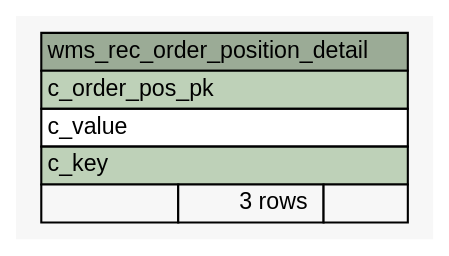
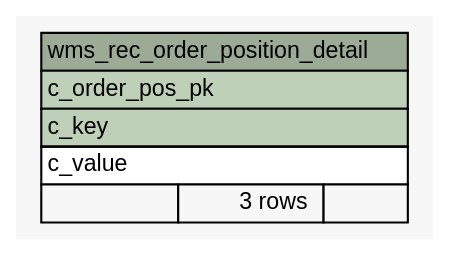
One commit to openwms/org.openwms.wms.receiving.lib changed the diagram in 1.0.0-SNAPSHOT/schemaspy/diagrams/summary/wms_rec_order_position_detail.1degree.dot. Above: the diagram before and after it, drawn with Graphviz. The commit also changed 508 other files, not shown here.

```diff
--- a/1.0.0-SNAPSHOT/schemaspy/diagrams/summary/wms_rec_order_position_detail.1degree.dot
+++ b/1.0.0-SNAPSHOT/schemaspy/diagrams/summary/wms_rec_order_position_detail.1degree.dot
@@ -1,32 +1,32 @@
-// dot 2.43.0 on Linux 6.2.0-1016-azure
+// dot 2.43.0 on Linux 6.5.0-1022-azure
 // SchemaSpy rev Unknown
 digraph "wms_rec_order_position_detail" {
   graph [
     rankdir="RL"
     bgcolor="#f7f7f7"
     nodesep="0.18"
     ranksep="0.46"
     fontname="Helvetica"
     fontsize="11"
   ];
   node [
     fontname="Helvetica"
     fontsize="11"
     shape="plaintext"
   ];
   edge [
     arrowsize="0.8"
   ];
   "wms_rec_order_position_detail" [
     label=<
     <TABLE BORDER="0" CELLBORDER="1" CELLSPACING="0" BGCOLOR="#ffffff">
       <TR><TD COLSPAN="3" BGCOLOR="#9bab96" ALIGN="CENTER">wms_rec_order_position_detail</TD></TR>
       <TR><TD PORT="c_order_pos_pk" COLSPAN="3" BGCOLOR="#bed1b8" ALIGN="LEFT">c_order_pos_pk</TD></TR>
+      <TR><TD PORT="c_key" COLSPAN="3" BGCOLOR="#bed1b8" ALIGN="LEFT">c_key</TD></TR>
       <TR><TD PORT="c_value" COLSPAN="3" ALIGN="LEFT">c_value</TD></TR>
-      <TR><TD PORT="c_key" COLSPAN="3" BGCOLOR="#bed1b8" ALIGN="LEFT">c_key</TD></TR>
       <TR><TD ALIGN="LEFT" BGCOLOR="#f7f7f7">  </TD><TD ALIGN="RIGHT" BGCOLOR="#f7f7f7">3 rows</TD><TD ALIGN="RIGHT" BGCOLOR="#f7f7f7">  </TD></TR>
     </TABLE>>
     URL="tables/wms_rec_order_position_detail.html"
     tooltip="wms_rec_order_position_detail"
   ];
 }
```
